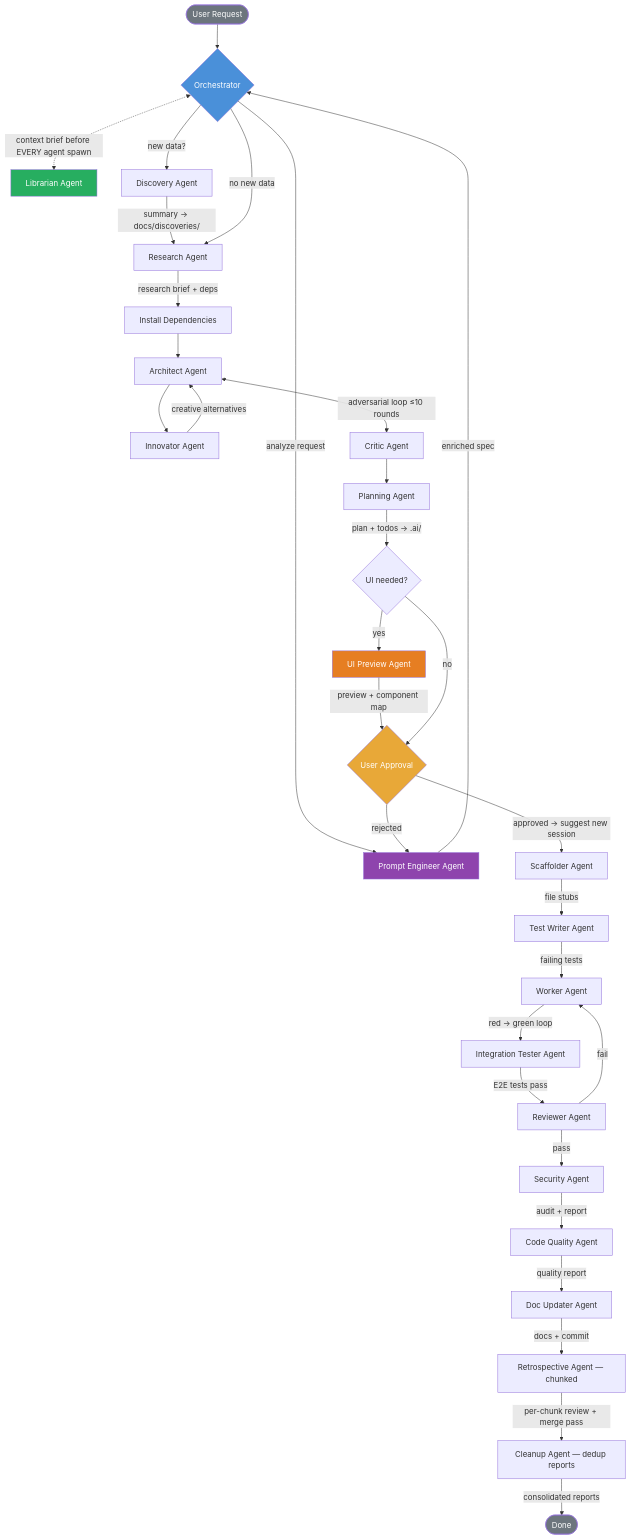
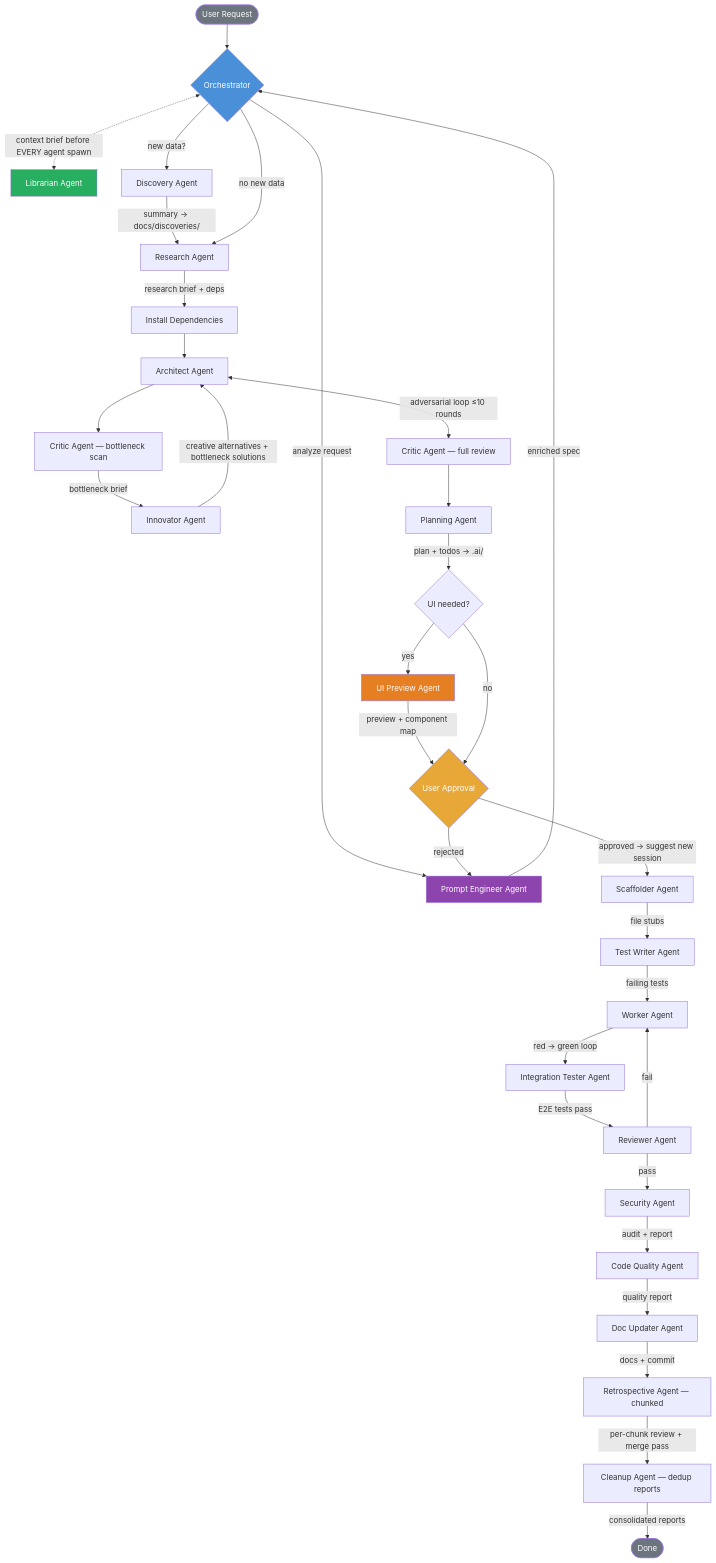
One commit to Doumajnik/template changed the first of 15 diagrams in AGENTS.md. Above: the diagram before and after it, drawn with Mermaid. The commit also changed other lines of this file and 5 other files, not shown here.

Commit message:
feat: add parallelism check to critic agent

````diff
--- a/AGENTS.md
+++ b/AGENTS.md
@@ -71,42 +71,43 @@
 ```mermaid
 flowchart TD
     U([User Request]) --> O{Orchestrator}
     O <-.->|context brief before EVERY agent spawn| LIB[Librarian Agent]
     O -->|analyze request| PE[Prompt Engineer Agent]
     PE -->|enriched spec| O
     O -->|new data?| D[Discovery Agent]
     D -->|summary → docs/discoveries/| RE
     O -->|no new data| RE[Research Agent]
     RE -->|research brief + deps| DEP[Install Dependencies]
     DEP --> A[Architect Agent]
-    A --> IN[Innovator Agent]
-    IN -->|creative alternatives| A
-    A <-->|adversarial loop ≤10 rounds| C[Critic Agent]
+    A --> CB[Critic Agent — bottleneck scan]
+    CB -->|bottleneck brief| IN[Innovator Agent]
+    IN -->|creative alternatives + bottleneck solutions| A
+    A <-->|adversarial loop ≤10 rounds| C[Critic Agent — full review]
     C --> P[Planning Agent]
     P -->|plan + todos → .ai/| UP{UI needed?}
     UP -->|yes| UIPreview[UI Preview Agent]
     UIPreview -->|preview + component map| UA{User Approval}
     UP -->|no| UA
     UA -->|rejected| PE
     UA -->|approved → suggest new session| S[Scaffolder Agent]
     
     S -->|file stubs| TW[Test Writer Agent]
     TW -->|failing tests| W[Worker Agent]
     W -->|red → green loop| IT[Integration Tester Agent]
     IT -->|E2E tests pass| R[Reviewer Agent]
     R -->|pass| SEC[Security Agent]
     R -->|fail| W
     SEC -->|audit + report| CQ[Code Quality Agent]
     CQ -->|quality report| DU[Doc Updater Agent]
     DU -->|docs + commit| RT[Retrospective Agent — chunked]
     RT -->|per-chunk review + merge pass| CL[Cleanup Agent — dedup reports]
     CL -->|consolidated reports| Done([Done])
 
     style O fill:#4a90d9,color:#fff
     style U fill:#6c757d,color:#fff
     style Done fill:#6c757d,color:#fff
     style UA fill:#e8a838,color:#fff
     style PE fill:#8e44ad,color:#fff
     style UIPreview fill:#e67e22,color:#fff
     style LIB fill:#27ae60,color:#fff
 ```
````
